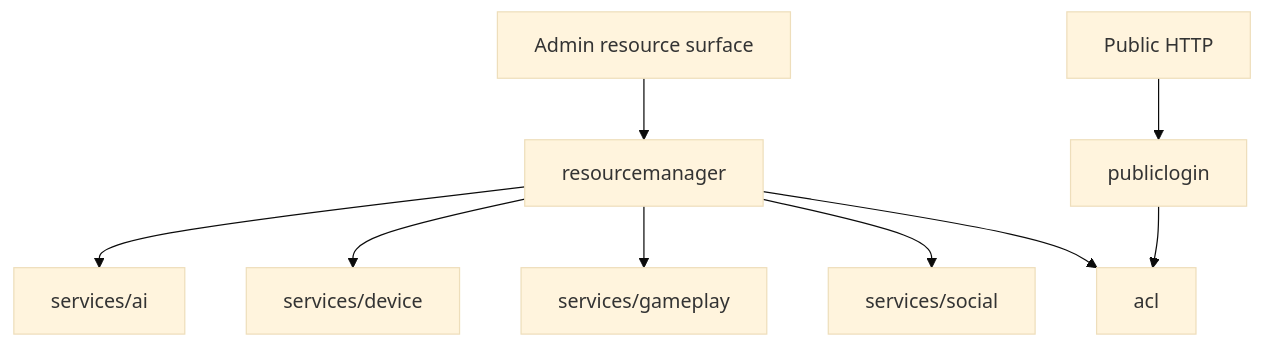
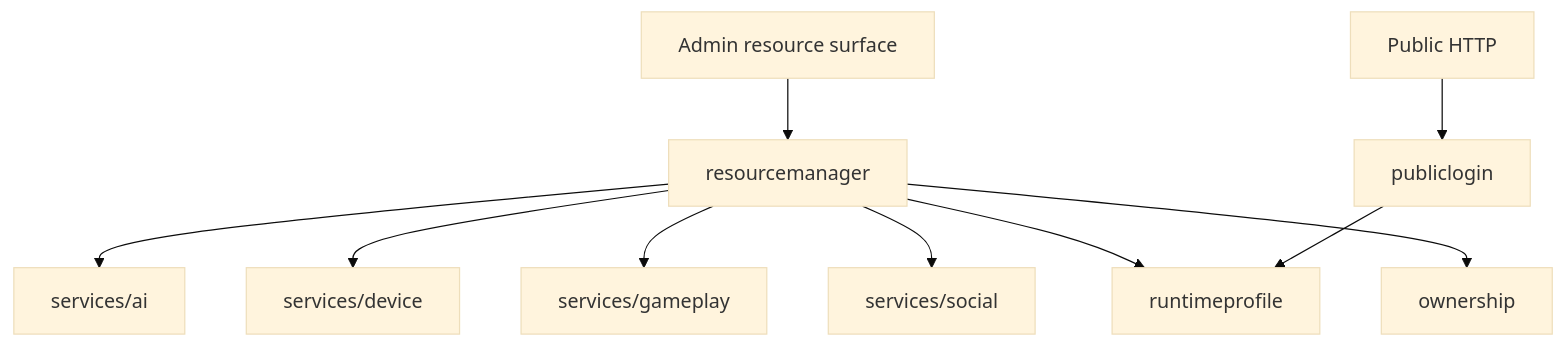
Before and after one commit to GizClaw/gizclaw: the diagram in guides/en/developing/gizclaw/services/system.md, drawn with Mermaid (base theme). The commit also changed other lines of this file and 574 other files, not shown here.

First line of the commit message:
repo: replace ACL access with ownership and RuntimeProfile (#324)

````diff
--- a/guides/en/developing/gizclaw/services/system.md
+++ b/guides/en/developing/gizclaw/services/system.md
@@ -36,11 +39,12 @@
 ```mermaid
 flowchart TB
     Admin["Admin resource surface"] --> ResourceManager["resourcemanager"]
     ResourceManager --> AI["services/ai"]
     ResourceManager --> Device["services/device"]
     ResourceManager --> Gameplay["services/gameplay"]
     ResourceManager --> Social["services/social"]
-    ResourceManager --> ACL["acl"]
+    ResourceManager --> Profile["runtimeprofile"]
+    ResourceManager --> Ownership["ownership"]
     Public["Public HTTP"] --> Login["publiclogin"]
-    Login --> ACL
+    Login --> Profile
 ```
````
